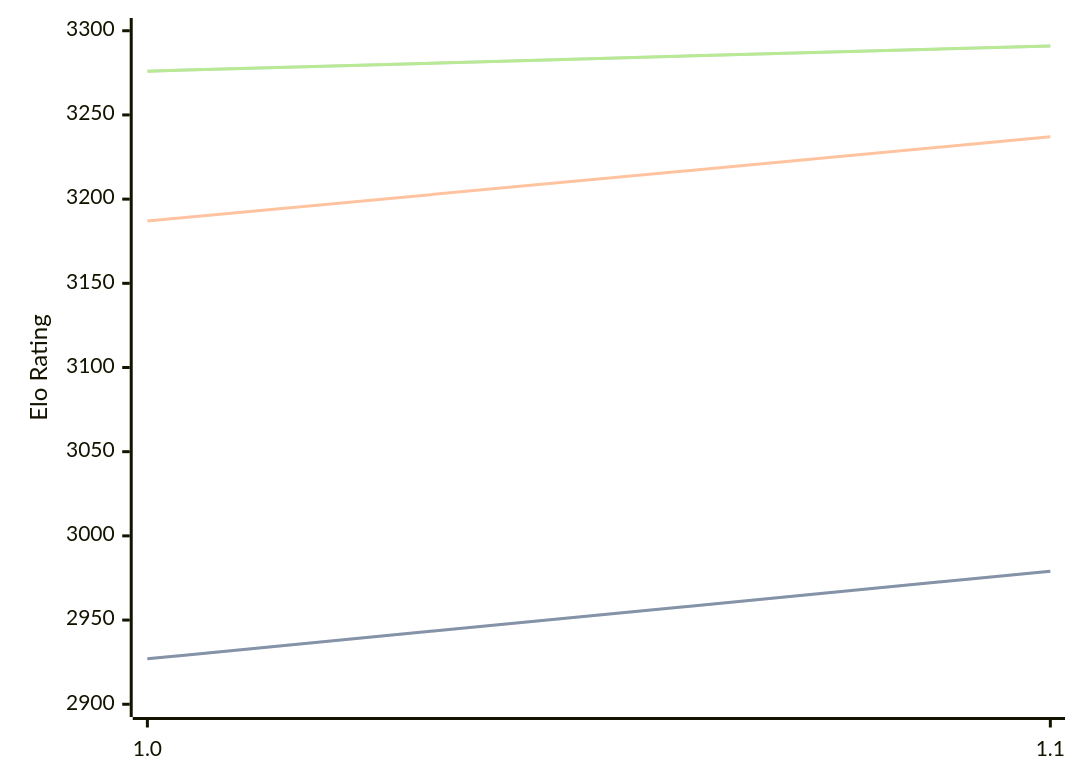
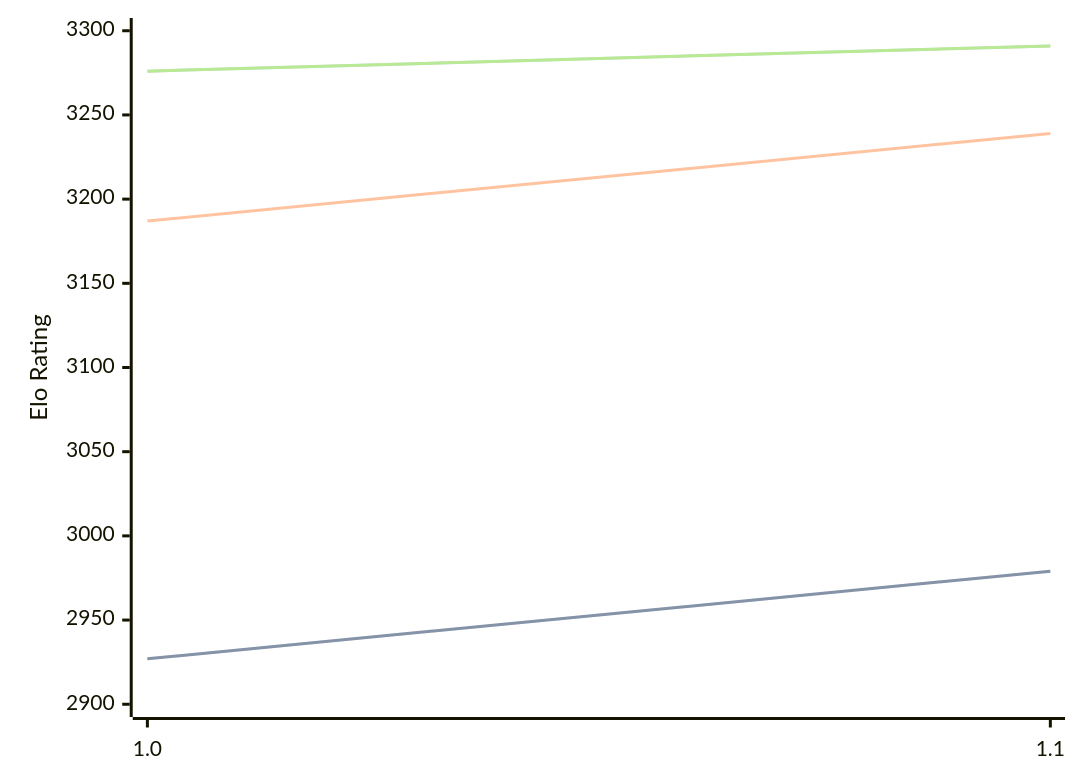
The diagram in engines/RodentV.md (computer-chess-index/cci), drawn with Mermaid before and after one commit. The commit also changed other lines of this file, not shown here.

````diff
--- a/engines/RodentV.md
+++ b/engines/RodentV.md
@@ -32,11 +32,11 @@
 ```mermaid
 %%{init: {"theme":"base","themeVariables":{"seriesColors:['#a3a3a3','#222221','#faa371']}}}%%
 xychart-beta
   x-axis ["1.0", "1.1"]
   y-axis "Elo Rating" 2900 --> 3300
   line "STC (8.0+0.08s)" [2927, 2979]
   line "STC (8.0+0.08s)" [2927, 2979]
-  line "LTC (60.0+0.60s)" [3187, 3237]
+  line "LTC (60.0+0.60s)" [3187, 3239]
   line "VLTC (2m24s+1.12s)" [3276, 3291]
   line "VLTC (2m24s+1.12s)" [3276, 3291]
 ```
````
